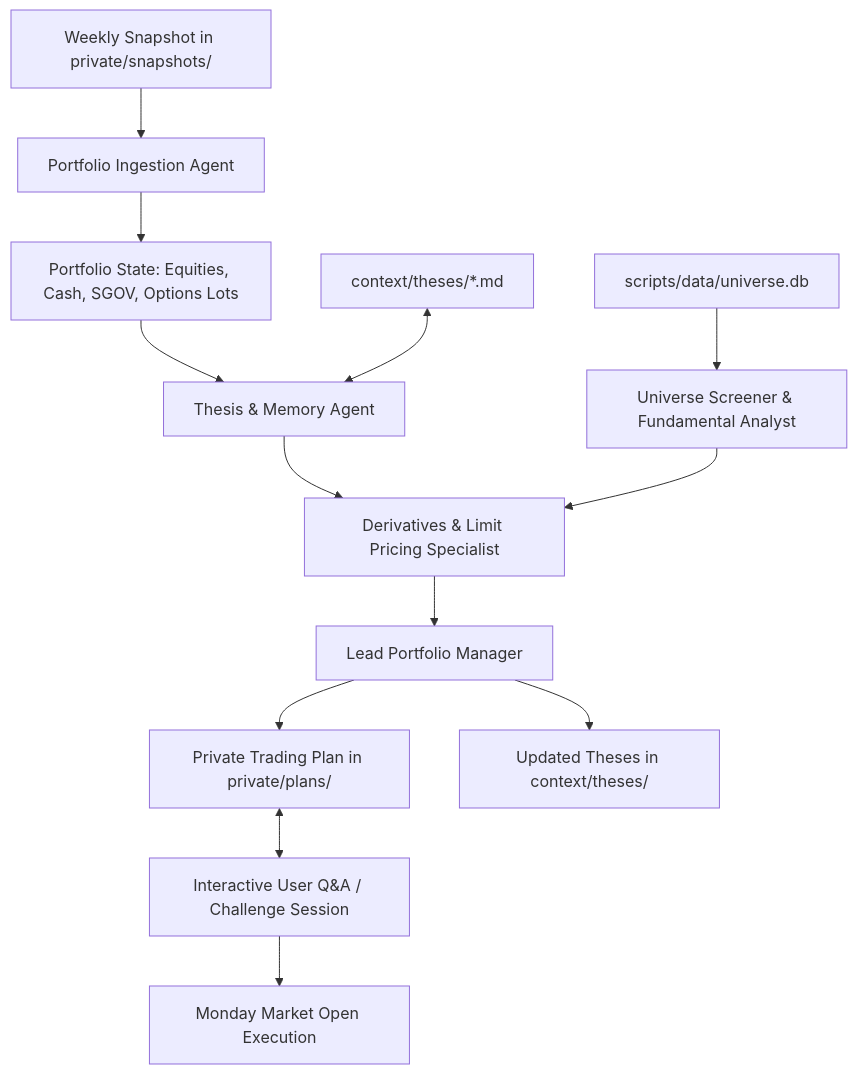
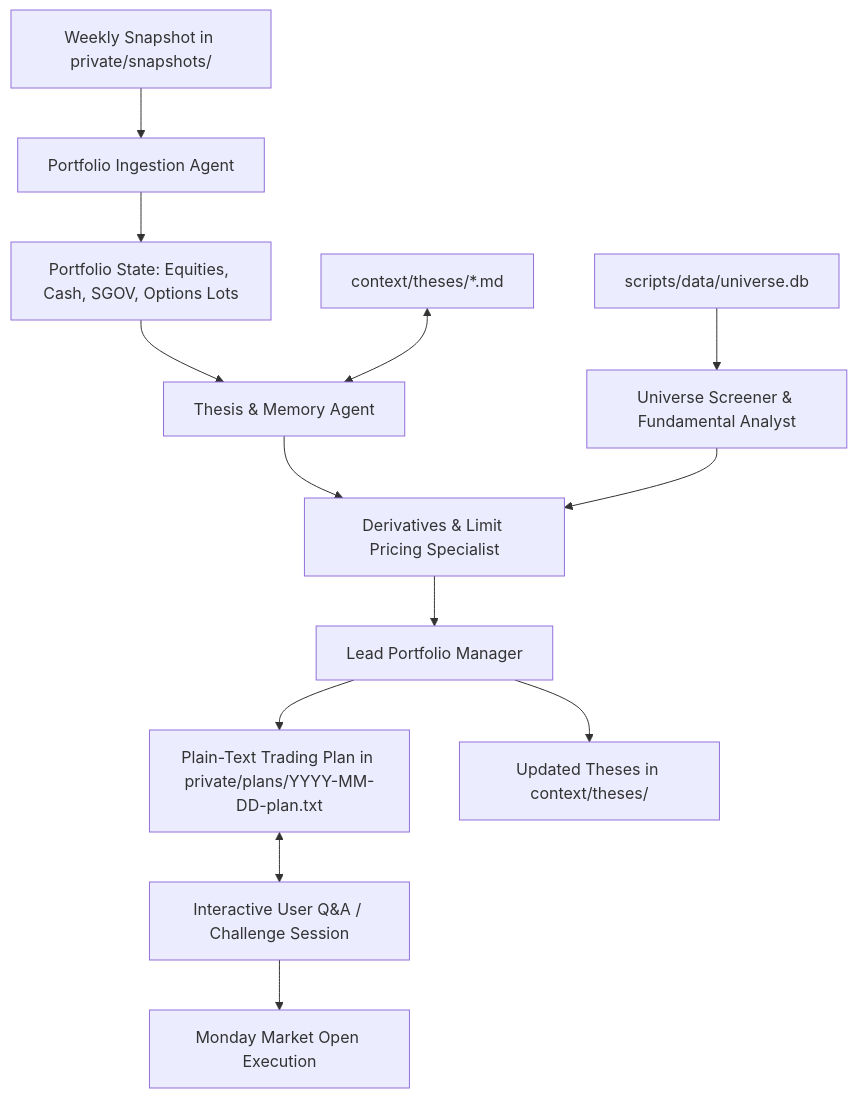
One commit to greenermoose/investments changed the diagram in README.md. Above: the diagram before and after it, drawn with Mermaid. The commit also changed other lines of this file and 10 other files, not shown here.

Commit message:
feat: add trading plan schema and formalize documentation with HTML web portal and workflow examples

````diff
--- a/README.md
+++ b/README.md
@@ -61,19 +61,19 @@
 ```mermaid
 flowchart TD
     A[Weekly Snapshot in private/snapshots/] --> B[Portfolio Ingestion Agent]
     B --> C[Portfolio State: Equities, Cash, SGOV, Options Lots]
     
     C --> D[Thesis & Memory Agent]
     E[context/theses/*.md] <--> D
     
     F[scripts/data/universe.db] --> G[Universe Screener & Fundamental Analyst]
     
     D --> H[Derivatives & Limit Pricing Specialist]
     G --> H
     
     H --> I[Lead Portfolio Manager]
-    I --> J[Private Trading Plan in private/plans/]
+    I --> J[Plain-Text Trading Plan in private/plans/YYYY-MM-DD-plan.txt]
     I --> K[Updated Theses in context/theses/]
     J <--> L[Interactive User Q&A / Challenge Session]
     L --> M[Monday Market Open Execution]
 ```
````
